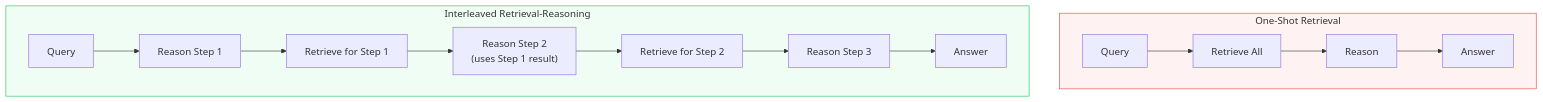
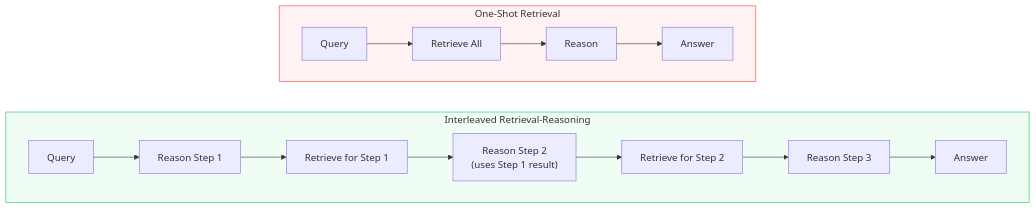
One commit to tanquangduong/tanquangduong.github.io changed the sixth of 8 diagrams in posts/agent/Planning-and-Query-Decomposition-for-Complex-Retrieval.qmd. Above: the diagram before and after it, drawn with Mermaid. The commit also changed 83 other files, not shown here.

````diff
--- a/posts/agent/Planning-and-Query-Decomposition-for-Complex-Retrieval.qmd
+++ b/posts/agent/Planning-and-Query-Decomposition-for-Complex-Retrieval.qmd
@@ -603,18 +603,20 @@
 ```{mermaid}
 graph TD
     subgraph OneShot["One-Shot Retrieval"]
         A1["Query"] --> A2["Retrieve All"] --> A3["Reason"] --> A4["Answer"]
     end
 
     subgraph IRCoT["Interleaved Retrieval-Reasoning"]
         B1["Query"] --> B2["Reason Step 1"]
         B2 --> B3["Retrieve for Step 1"]
         B3 --> B4["Reason Step 2<br/>(uses Step 1 result)"]
         B4 --> B5["Retrieve for Step 2"]
         B5 --> B6["Reason Step 3"]
         B6 --> B7["Answer"]
     end
 
+    OneShot ~~~ IRCoT
+
     style OneShot fill:#fef2f2,stroke:#ef4444
     style IRCoT fill:#f0fdf4,stroke:#22c55e
 ```
````
